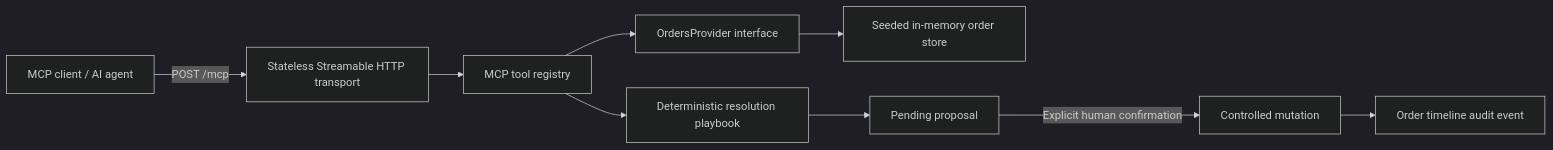
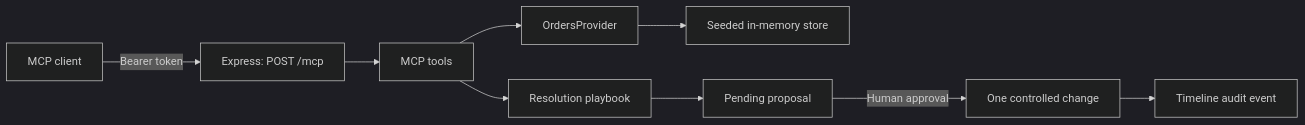
Before and after one commit to JustUzair/diligence-ai-order-ops-mcp: the diagram in README.md, drawn with Mermaid (dark theme). The commit also changed other lines of this file and 1 other file, not shown here.

````diff
--- a/README.md
+++ b/README.md
@@ -250,11 +136,11 @@
 ```mermaid
 flowchart LR
-    A["MCP client / AI agent"] -->|"POST /mcp"| B["Stateless Streamable HTTP transport"]
-    B --> C["MCP tool registry"]
-    C --> D["OrdersProvider interface"]
-    D --> E["Seeded in-memory order store"]
-    C --> F["Deterministic resolution playbook"]
-    F --> G["Pending proposal"]
-    G -->|"Explicit human confirmation"| H["Controlled mutation"]
-    H --> I["Order timeline audit event"]
+    A[MCP client] -->|Bearer token| B[Express: POST /mcp]
+    B --> C[MCP tools]
+    C --> D[OrdersProvider]
+    D --> E[Seeded in-memory store]
+    C --> F[Resolution playbook]
+    F --> G[Pending proposal]
+    G -->|Human approval| H[One controlled change]
+    H --> I[Timeline audit event]
 ```
````
